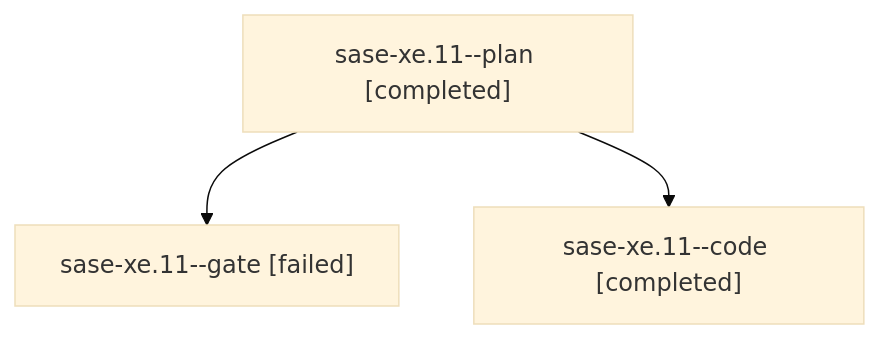
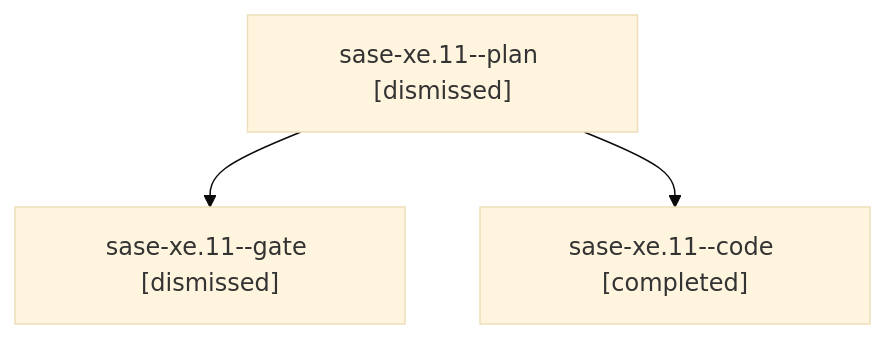
One commit to sase-org/sase--agents changed the diagram in families/bbugyi200.athena.sase-xe.11.md. Above: the diagram before and after it, drawn with Mermaid (base theme). The commit also changed other lines of this file and 305 other files, not shown here.

````diff
--- a/families/bbugyi200.athena.sase-xe.11.md
+++ b/families/bbugyi200.athena.sase-xe.11.md
@@ -9,8 +9,8 @@
 ```mermaid
 flowchart TD
-  n0["sase-xe.11--plan [completed]"]
-  n1["sase-xe.11--gate [failed]"]
+  n0["sase-xe.11--plan [dismissed]"]
+  n1["sase-xe.11--gate [dismissed]"]
   n0 --> n1
   n2["sase-xe.11--code [completed]"]
   n0 --> n2
 ```
````
